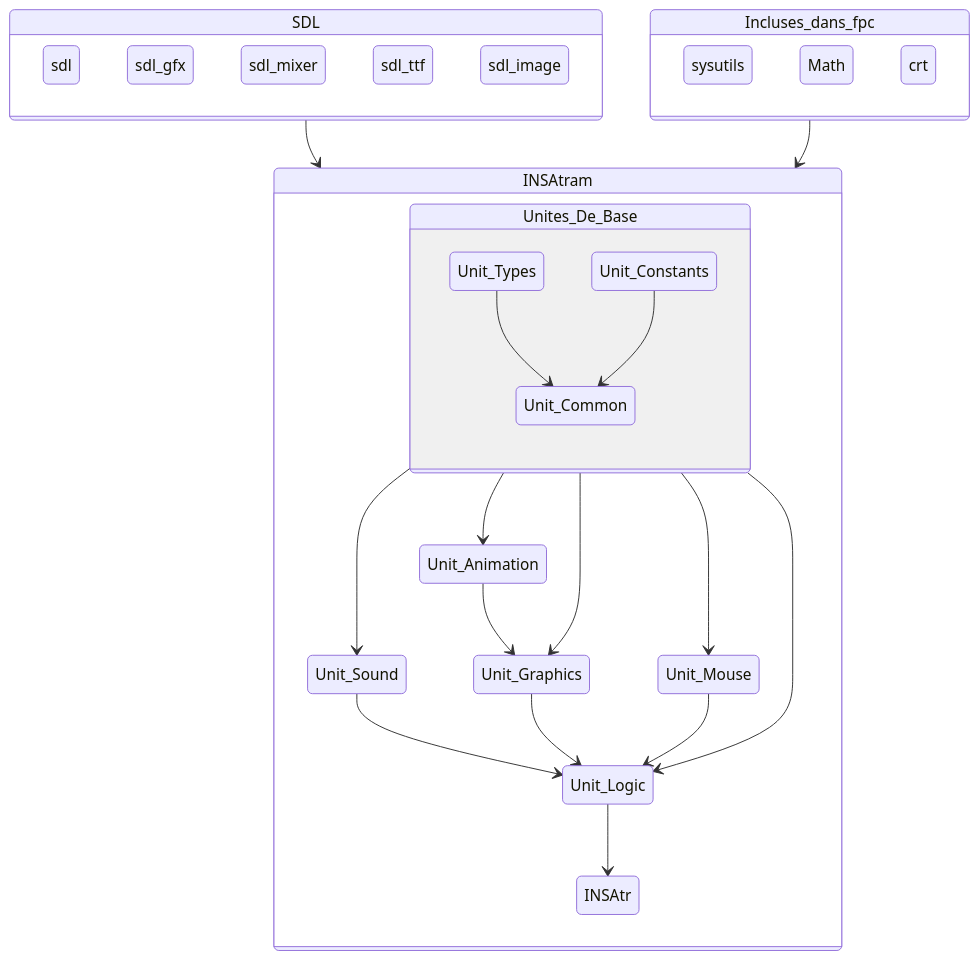
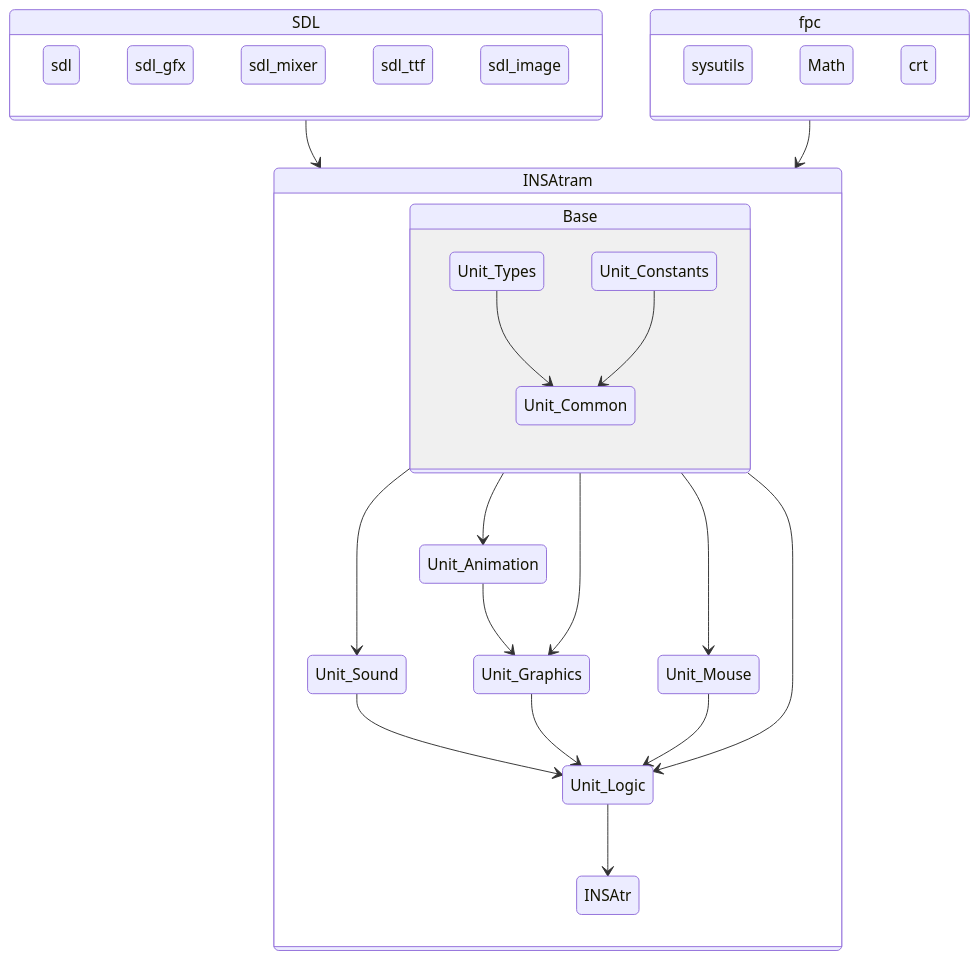
The diagram in Documentation/Graphiques/Dépendances.md (AlixANNERAUD/INSAtram), drawn with Mermaid before and after one commit. The commit also changed 11 other files, not shown here.

````diff
--- a/Documentation/Graphiques/Dépendances.md
+++ b/Documentation/Graphiques/Dépendances.md
@@ -1,50 +1,50 @@
 ```mermaid
 stateDiagram-v2
 
 
     state SDL {
         sdl
         sdl_gfx
         sdl_mixer
         sdl_ttf
         sdl_image
     }
 
     SDL --> INSAtram
 
-    state Incluses_dans_fpc {
+    state fpc {
         sysutils
         Math
         crt
     }
     
-    Incluses_dans_fpc --> INSAtram
+    fpc --> INSAtram
 
     state INSAtram {
 
-    state Unites_De_Base {
+    state Base {
 
     Unit_Types --> Unit_Common
     Unit_Constants --> Unit_Common
     }
 
-    Unites_De_Base --> Unit_Animation
+    Base --> Unit_Animation
 
-    Unites_De_Base --> Unit_Graphics
-    Unites_De_Base --> Unit_Logic
-    Unites_De_Base --> Unit_Sound
-    Unites_De_Base --> Unit_Mouse
+    Base --> Unit_Graphics
+    Base --> Unit_Logic
+    Base --> Unit_Sound
+    Base --> Unit_Mouse
 
     Unit_Animation --> Unit_Graphics
 
     Unit_Sound --> Unit_Logic
 
     Unit_Graphics --> Unit_Logic
 
     Unit_Mouse --> Unit_Logic
 
     Unit_Logic --> INSAtr
 
     }
 
 ```
````
